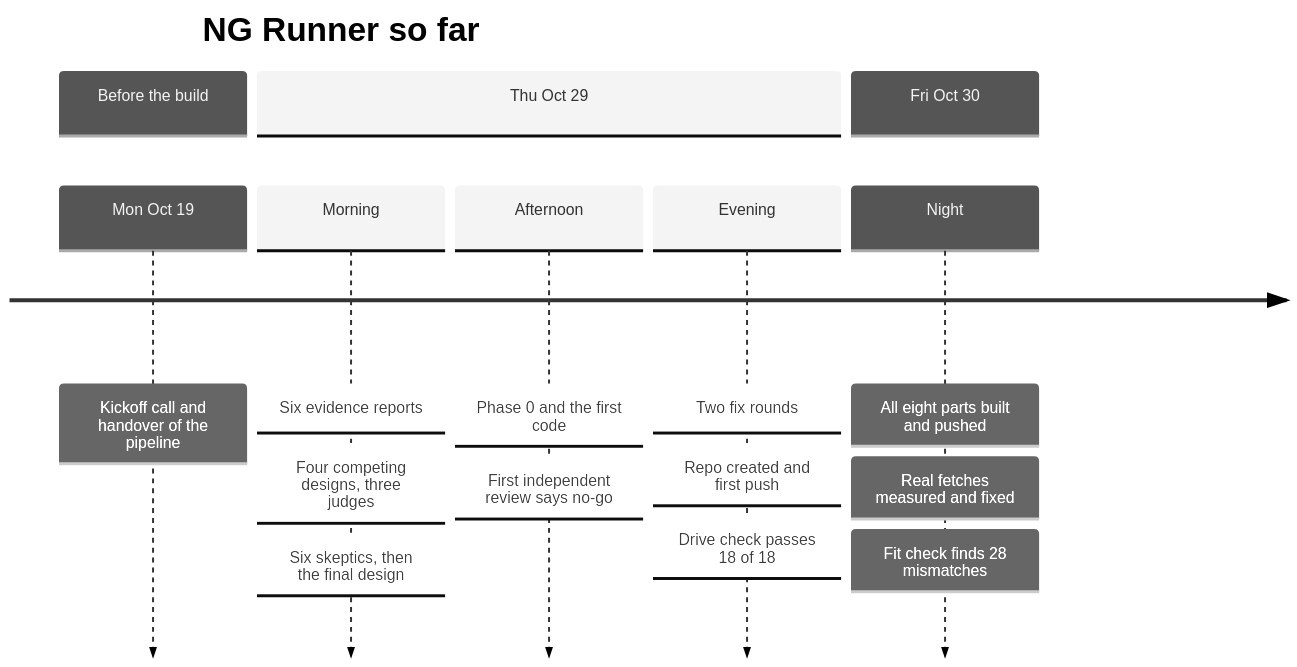
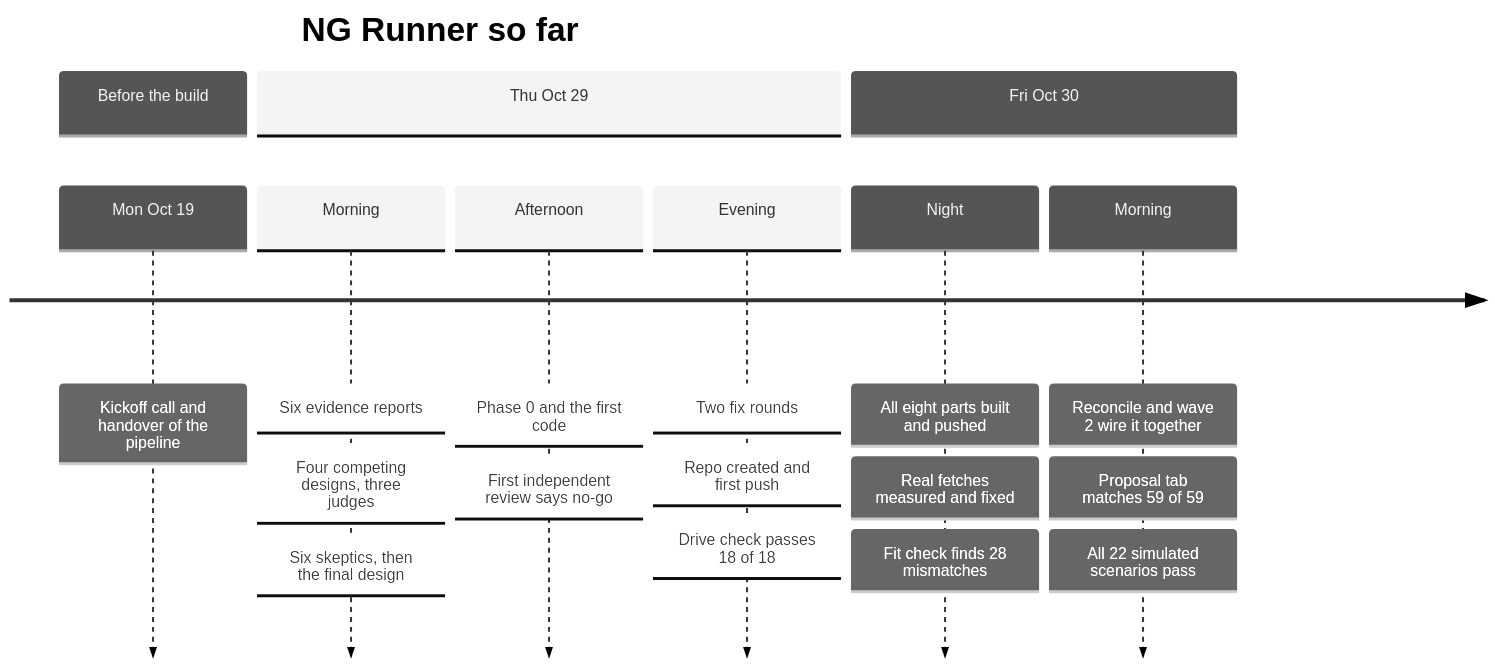
One commit to sulaiman013/NG-Runner changed the third of 3 diagrams in README.md. Above: the diagram before and after it, drawn with Mermaid (neutral theme). The commit also changed other lines of this file and 6 other files, not shown here.

````diff
--- a/README.md
+++ b/README.md
@@ -225,12 +229,13 @@
 ```mermaid
 timeline
     title NG Runner so far
     section Before the build
         Mon Oct 19 : Kickoff call and handover of the pipeline
     section Thu Oct 29
         Morning : Six evidence reports : Four competing designs, three judges : Six skeptics, then the final design
         Afternoon : Phase 0 and the first code : First independent review says no-go
         Evening : Two fix rounds : Repo created and first push : Drive check passes 18 of 18
     section Fri Oct 30
         Night : All eight parts built and pushed : Real fetches measured and fixed : Fit check finds 28 mismatches
+        Morning : Reconcile and wave 2 wire it together : Proposal tab matches 59 of 59 : All 22 simulated scenarios pass
 ```
````
